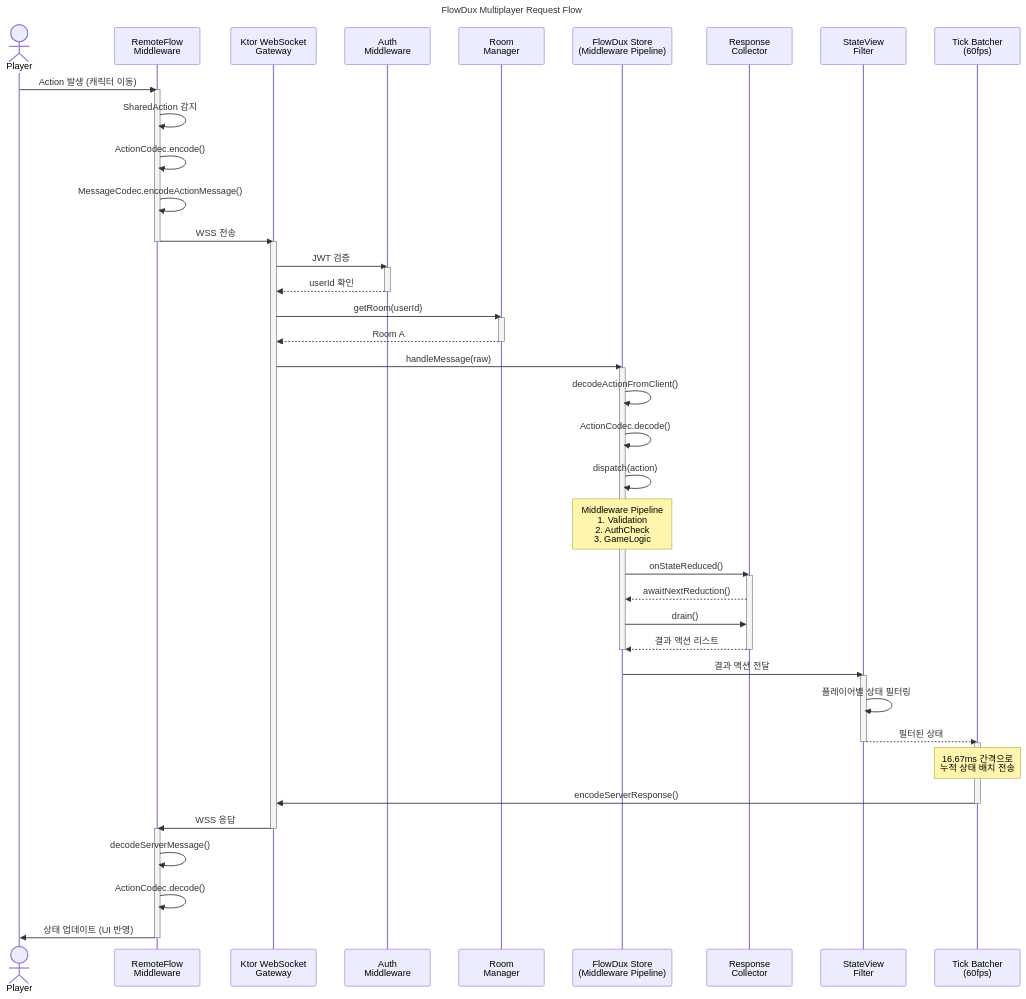
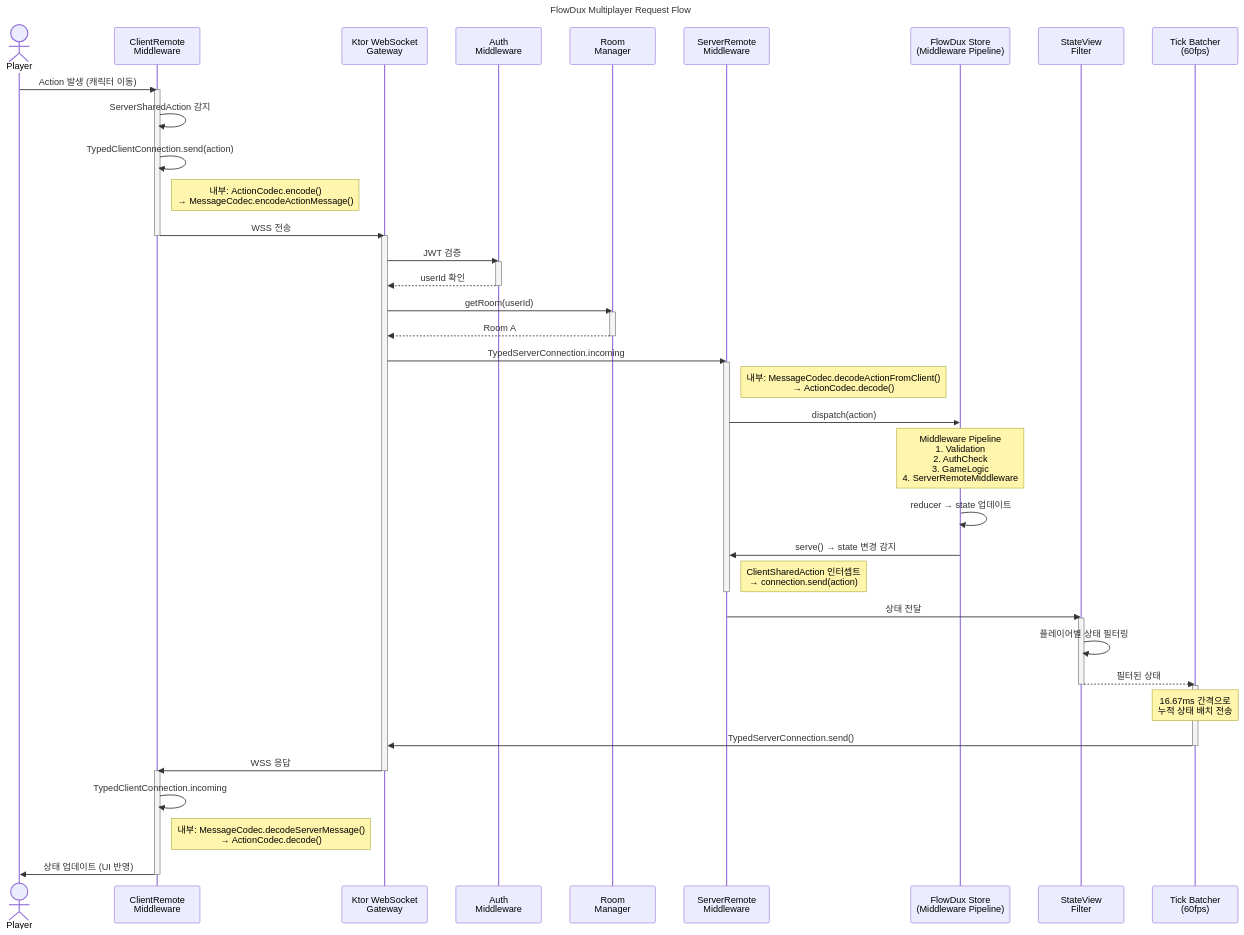
One commit to chibimoons/flowdux changed the diagram in docs/multiplayer-request-flow.mmd. Above: the diagram before and after it, drawn with Mermaid. The commit also changed 98 other files, not shown here.

```diff
--- a/docs/multiplayer-request-flow.mmd
+++ b/docs/multiplayer-request-flow.mmd
@@ -1,68 +1,64 @@
 ---
 title: FlowDux Multiplayer Request Flow
 ---
 sequenceDiagram
     actor Player
-    participant Client as RemoteFlow<br/>Middleware
+    participant Client as ClientRemote<br/>Middleware
     participant WS as Ktor WebSocket<br/>Gateway
     participant Auth as Auth<br/>Middleware
     participant Room as Room<br/>Manager
+    participant SRM as ServerRemote<br/>Middleware
     participant Store as FlowDux Store<br/>(Middleware Pipeline)
-    participant Collector as Response<br/>Collector
     participant View as StateView<br/>Filter
     participant Tick as Tick Batcher<br/>(60fps)
 
     Player->>Client: Action 발생 (캐릭터 이동)
     activate Client
-    Client->>Client: SharedAction 감지
-    Client->>Client: ActionCodec.encode()
-    Client->>Client: MessageCodec.encodeActionMessage()
+    Client->>Client: ServerSharedAction 감지
+    Client->>Client: TypedClientConnection.send(action)
+    Note right of Client: 내부: ActionCodec.encode()<br/>→ MessageCodec.encodeActionMessage()
     Client->>WS: WSS 전송
     deactivate Client
 
     activate WS
     WS->>Auth: JWT 검증
     activate Auth
     Auth-->>WS: userId 확인
     deactivate Auth
 
     WS->>Room: getRoom(userId)
     activate Room
     Room-->>WS: Room A
     deactivate Room
 
-    WS->>Store: handleMessage(raw)
-    activate Store
-    Store->>Store: decodeActionFromClient()
-    Store->>Store: ActionCodec.decode()
-    Store->>Store: dispatch(action)
+    WS->>SRM: TypedServerConnection.incoming
+    activate SRM
+    Note right of SRM: 내부: MessageCodec.decodeActionFromClient()<br/>→ ActionCodec.decode()
+    SRM->>Store: dispatch(action)
 
-    Note over Store: Middleware Pipeline<br/>1. Validation<br/>2. AuthCheck<br/>3. GameLogic
+    Note over Store: Middleware Pipeline<br/>1. Validation<br/>2. AuthCheck<br/>3. GameLogic<br/>4. ServerRemoteMiddleware
 
-    Store->>Collector: onStateReduced()
-    activate Collector
-    Collector-->>Store: awaitNextReduction()
-    Store->>Collector: drain()
-    Collector-->>Store: 결과 액션 리스트
-    deactivate Collector
-    deactivate Store
+    Store->>Store: reducer → state 업데이트
+    Store->>SRM: serve() → state 변경 감지
+    Note right of SRM: ClientSharedAction 인터셉트<br/>→ connection.send(action)
+    deactivate SRM
 
-    Store->>View: 결과 액션 전달
+    SRM->>View: 상태 전달
     activate View
     View->>View: 플레이어별 상태 필터링
     View-->>Tick: 필터된 상태
     deactivate View
 
     activate Tick
     Note over Tick: 16.67ms 간격으로<br/>누적 상태 배치 전송
 
-    Tick->>WS: encodeServerResponse()
+    Tick->>WS: TypedServerConnection.send()
     deactivate Tick
 
     WS->>Client: WSS 응답
     deactivate WS
     activate Client
-    Client->>Client: decodeServerMessage()
-    Client->>Client: ActionCodec.decode()
+    Client->>Client: TypedClientConnection.incoming
+    Note right of Client: 내부: MessageCodec.decodeServerMessage()<br/>→ ActionCodec.decode()
     Client->>Player: 상태 업데이트 (UI 반영)
     deactivate Client
```
